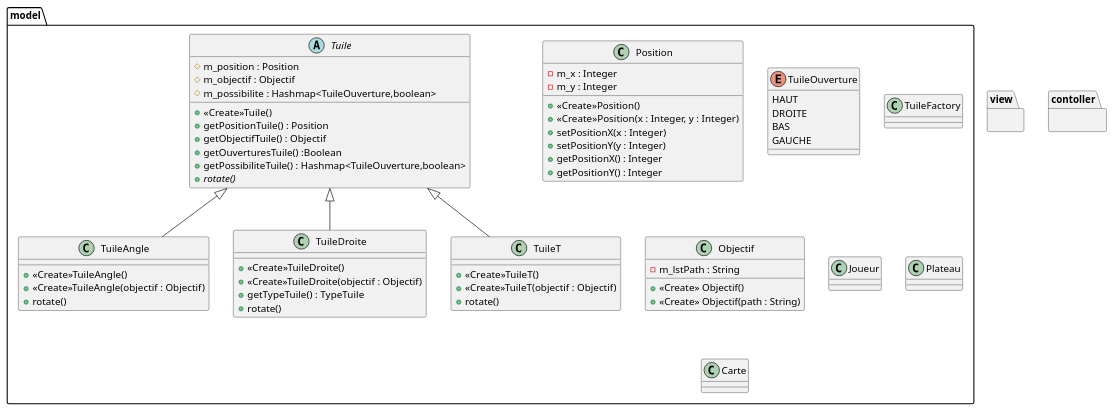
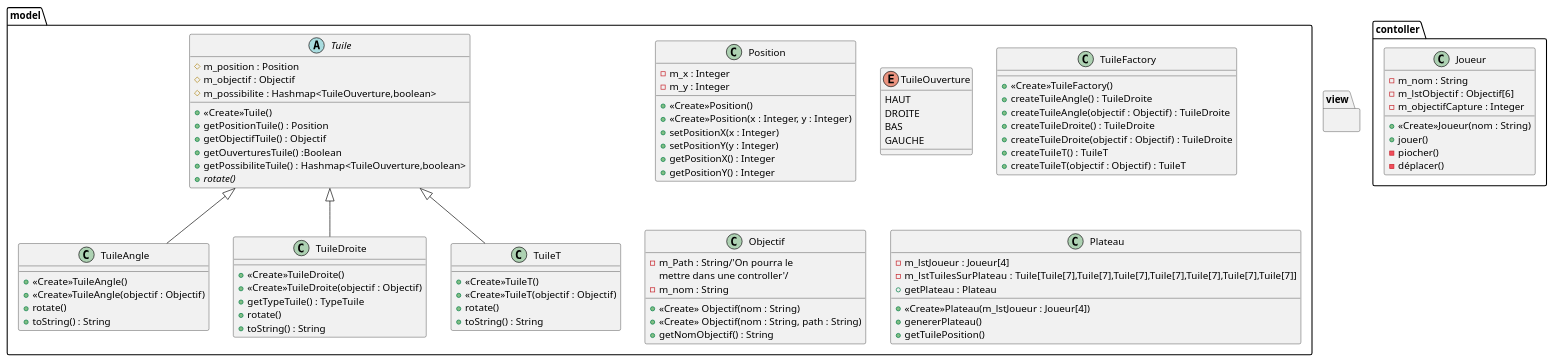
One commit to alexandreCouton/projet_Labyrinthe changed the diagram in UML/Semaine1.puml. Above: the diagram before and after it, drawn with PlantUML.

Commit message:
Modification de l'uml

```diff
--- a/UML/Semaine1.puml
+++ b/UML/Semaine1.puml
@@ -1,94 +1,121 @@
 @startuml
 
 package view{
 
 }
 
 
 package model{
 
 
     class Position{
         -m_x : Integer
         -m_y : Integer
         +<<Create>>Position()
         +<<Create>>Position(x : Integer, y : Integer)
         +setPositionX(x : Integer)
         +setPositionY(y : Integer)
         +getPositionX() : Integer
         +getPositionY() : Integer
     }
 
     enum TuileOuverture{
         HAUT
         DROITE
         BAS
         GAUCHE
     }
 
     abstract Tuile{
         #m_position : Position
         #m_objectif : Objectif
         #m_possibilite : Hashmap<TuileOuverture,boolean>
         /'#m_haut : Boolean
         #m_droite : Boolean
         #m_bas : Boolean
         #m_gauche : Boolean'/
         +<<Create>>Tuile()
         +getPositionTuile() : Position
         +getObjectifTuile() : Objectif
         +getOuverturesTuile() :Boolean
         +getPossibiliteTuile() : Hashmap<TuileOuverture,boolean>
         +{abstract}rotate()
     }
 
     class TuileAngle extends Tuile{
         +<<Create>>TuileAngle()
         +<<Create>>TuileAngle(objectif : Objectif)
         +rotate()
+        +toString() : String
     }
     class TuileDroite extends Tuile{
         +<<Create>>TuileDroite()
         +<<Create>>TuileDroite(objectif : Objectif)
         +getTypeTuile() : TypeTuile
         +rotate()
-
+        +toString() : String
     }
     class TuileT extends Tuile{
         +<<Create>>TuileT()
         +<<Create>>TuileT(objectif : Objectif)
         +rotate()
+        +toString() : String
     }
     class TuileFactory{
+        +<<Create>>TuileFactory()
+        +createTuileAngle() : TuileDroite
+        +createTuileAngle(objectif : Objectif) : TuileDroite
+        +createTuileDroite() : TuileDroite
+        +createTuileDroite(objectif : Objectif) : TuileDroite
+        +createTuileT() : TuileT
+        +createTuileT(objectif : Objectif) : TuileT
     }
 
 
     class Objectif
     {
-        -m_lstPath : String
-        +<<Create>> Objectif()
-        +<<Create>> Objectif(path : String)
+        -m_Path : String/'On pourra le
+        mettre dans une controller'/
+        -m_nom : String
+        +<<Create>> Objectif(nom : String)
+        +<<Create>> Objectif(nom : String, path : String)
+        +getNomObjectif() : String
+
     }
 
-
-
-    class Joueur{}
-
-    class Plateau{}
-
-    class Carte{}
+    class Plateau{
+        -m_lstJoueur : Joueur[4]
+        -m_lstTuilesSurPlateau : Tuile[Tuile[7],Tuile[7],Tuile[7],Tuile[7],Tuile[7],Tuile[7],Tuile[7]]
+        +<<Create>>Plateau(m_lstJoueur : Joueur[4])
+        /'Prends 4 joueurs pour les placer etc...'/
+        +genererPlateau()
+        +getPlateau : Plateau
+        +getTuilePosition()
+    }
 
 
 
 }
 
 package contoller{
+
+    class Joueur{
+        -m_nom : String
+        -m_lstObjectif : Objectif[6]
+        -m_objectifCapture : Integer
+        +<<Create>>Joueur(nom : String)
+        +jouer()
+        -piocher()
+        /'sera appelé dans la fonction jouer'/
+        -déplacer()
+        /'sera appelé dans la fonction jouer'/
+    }
 
 }
 
 
 
 
 
 
 @enduml
```
